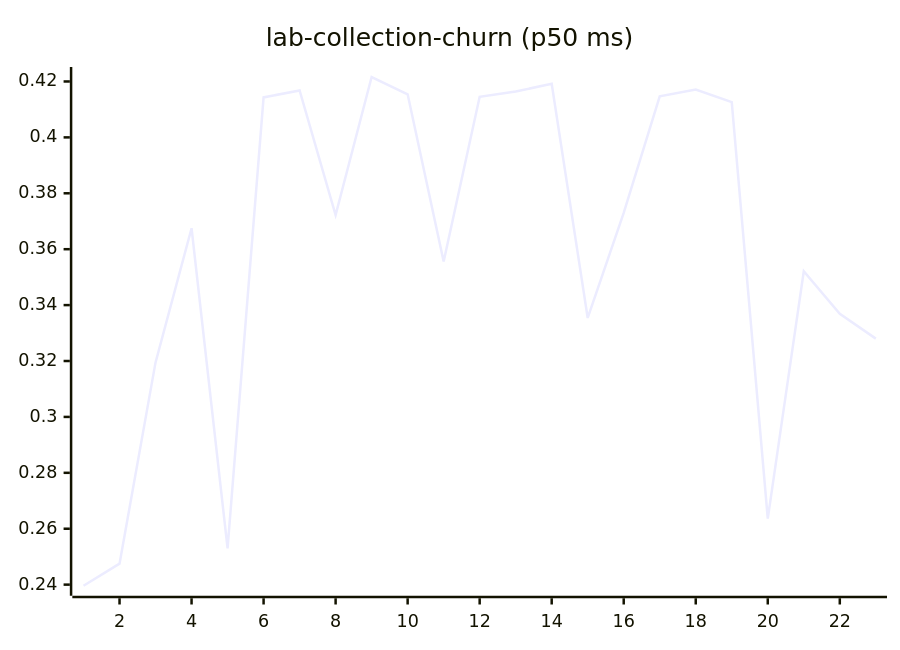
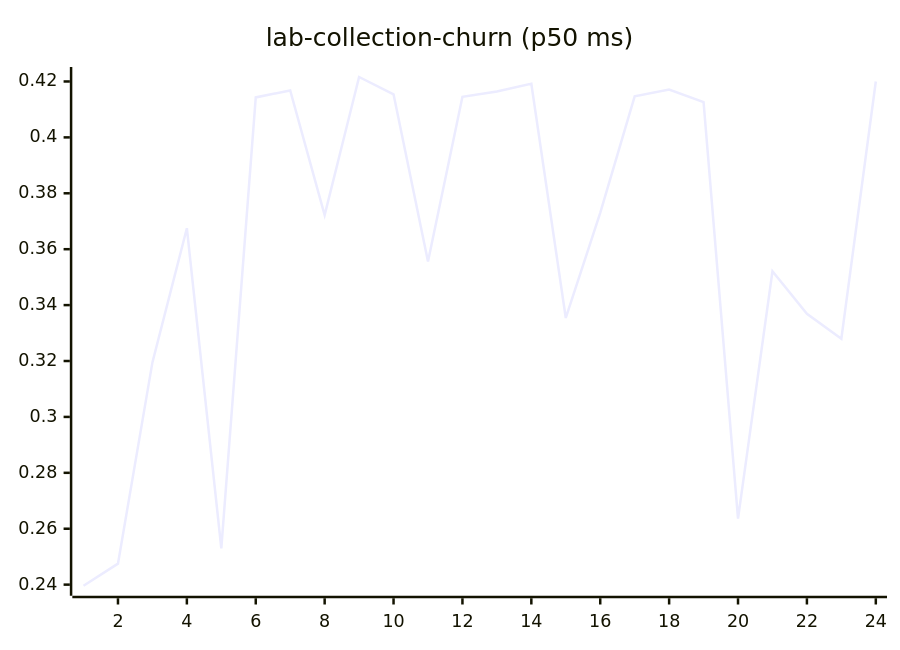
One commit to josha/Facet changed diagram 11 of 27 in README.md. Above: the diagram before and after it, drawn with Mermaid. The commit also changed other lines of this file and 2 other files, not shown here.

````diff
--- a/README.md
+++ b/README.md
@@ -133,6 +133,6 @@
 ```mermaid
 xychart-beta
     title "lab-collection-churn (p50 ms)"
-    x-axis 1 --> 23
-    line [0.2396, 0.2475, 0.3195, 0.3675, 0.2530, 0.4143, 0.4168, 0.3722, 0.4216, 0.4154, 0.3556, 0.4145, 0.4164, 0.4192, 0.3354, 0.3730, 0.4147, 0.4171, 0.4126, 0.2636, 0.3521, 0.3369, 0.3280]
+    x-axis 1 --> 24
+    line [0.2396, 0.2475, 0.3195, 0.3675, 0.2530, 0.4143, 0.4168, 0.3722, 0.4216, 0.4154, 0.3556, 0.4145, 0.4164, 0.4192, 0.3354, 0.3730, 0.4147, 0.4171, 0.4126, 0.2636, 0.3521, 0.3369, 0.3280, 0.4200]
 ```
````
